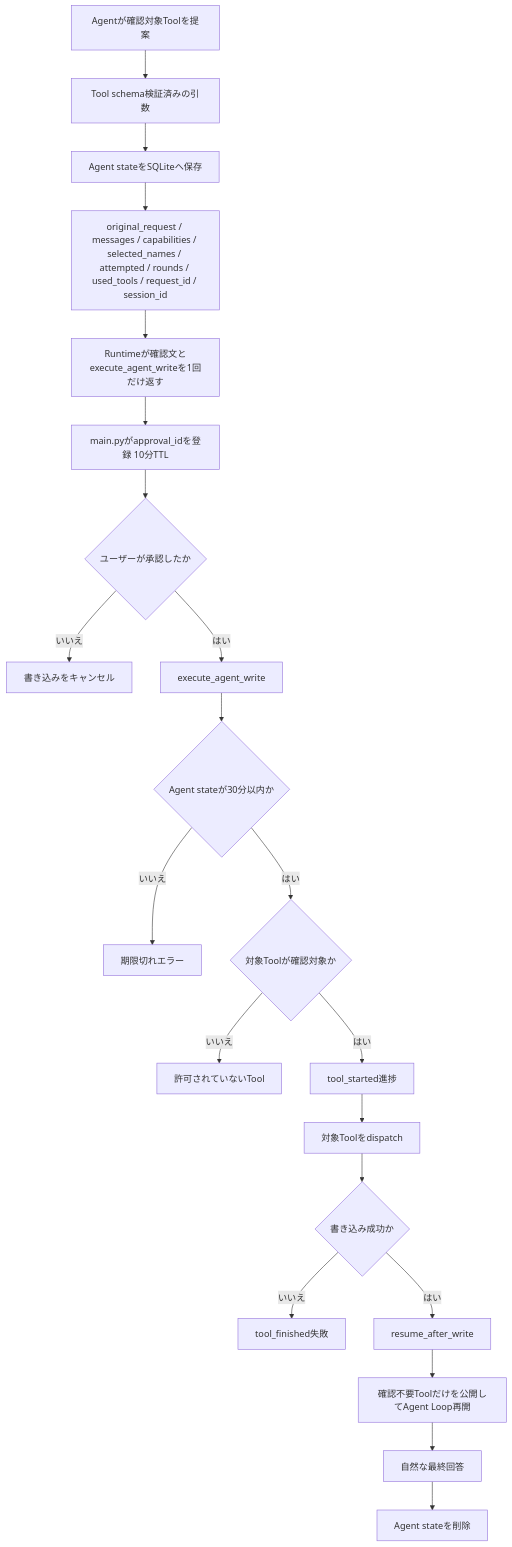
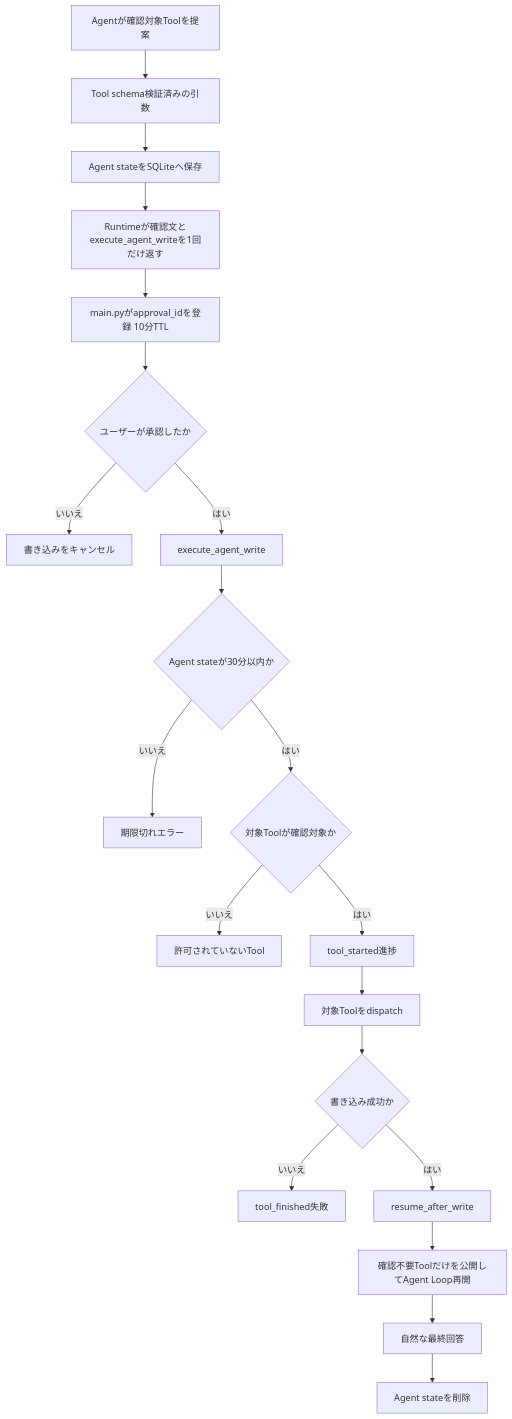
Before and after one commit to Soso2e/PETIT: the seventh of 12 diagrams in docs/runtime-flows.md, drawn with Mermaid. The commit also changed other lines of this file, not shown here.

````diff
--- a/docs/runtime-flows.md
+++ b/docs/runtime-flows.md
@@ -256,34 +278,33 @@
 ```mermaid
 flowchart TD
     proposal[Agentが確認対象Toolを提案]
     args[Tool schema検証済みの引数]
     saveState[Agent stateをSQLiteへ保存]
-    stored["original_request / messages / capabilities / selected_names / attempted / rounds / used_tools / request_id / session_id"]
     confirmation[Runtimeが確認文とexecute_agent_writeを1回だけ返す]
     register[main.pyがapproval_idを登録 10分TTL]
     decision{ユーザーが承認したか}
     cancel[書き込みをキャンセル]
     wrapper[execute_agent_write]
     load{Agent stateが30分以内か}
     expired[期限切れエラー]
     validate{対象Toolが確認対象か}
     invalid[許可されていないTool]
     started[tool_started進捗]
     dispatch[対象Toolをdispatch]
     failed{書き込み成功か}
     failure[tool_finished失敗]
     resume[resume_after_write]
     readOnly[確認不要Toolだけを公開してAgent Loop再開]
     final[自然な最終回答]
     delete[Agent stateを削除]
 
-    proposal --> args --> saveState --> stored --> confirmation --> register --> decision
+    proposal --> args --> saveState --> confirmation --> register --> decision
     decision -->|いいえ| cancel
     decision -->|はい| wrapper --> load
     load -->|いいえ| expired
     load -->|はい| validate
     validate -->|いいえ| invalid
     validate -->|はい| started --> dispatch --> failed
     failed -->|いいえ| failure
     failed -->|はい| resume --> readOnly --> final --> delete
 ```
````
